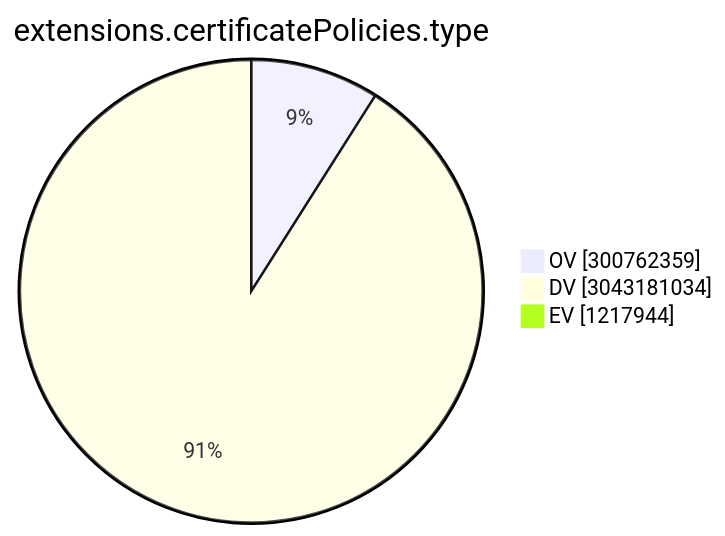
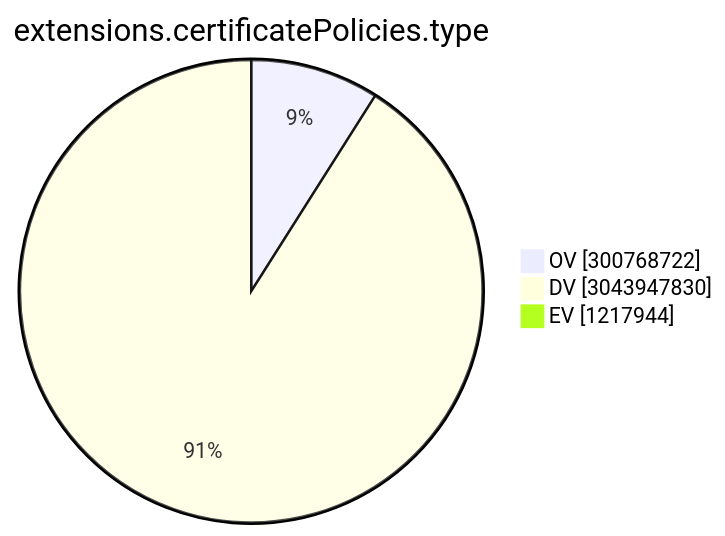
One commit to christiankrug/ctmonitor_visualization changed the ninth of 15 diagrams in TOTAL/README.md. Above: the diagram before and after it, drawn with Mermaid. The commit also changed other lines of this file, not shown here.

````diff
--- a/TOTAL/README.md
+++ b/TOTAL/README.md
@@ -3102,7 +3102,7 @@
 ```mermaid
 pie showData
 title extensions.certificatePolicies.type
-"OV" :300762359
-"DV" :3043181034
+"OV" :300768722
+"DV" :3043947830
 "EV" :1217944
 ```
````
